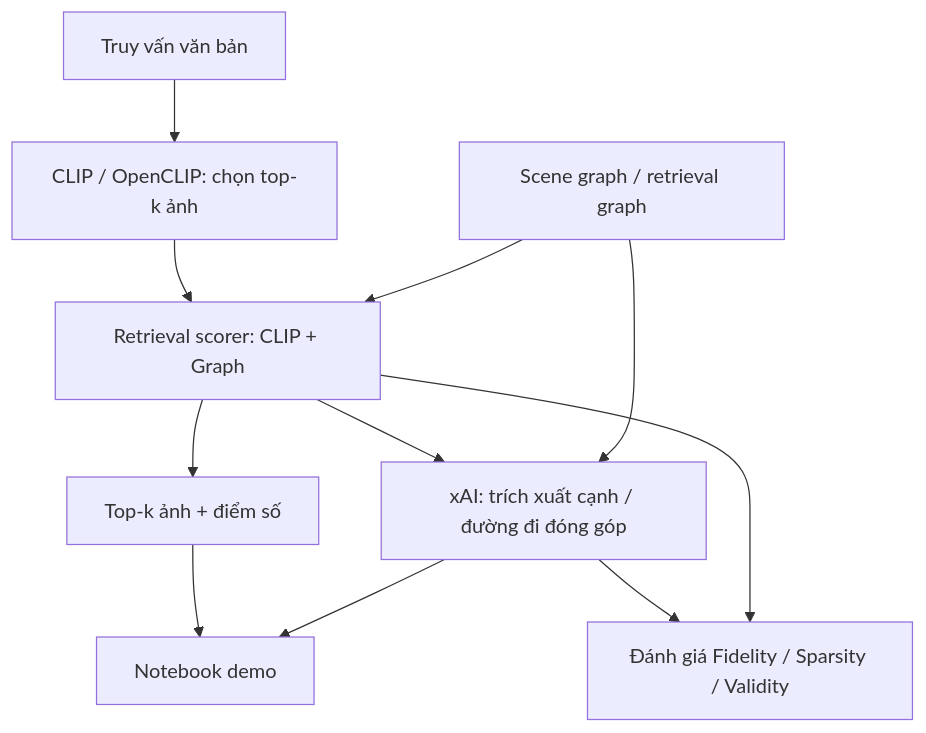
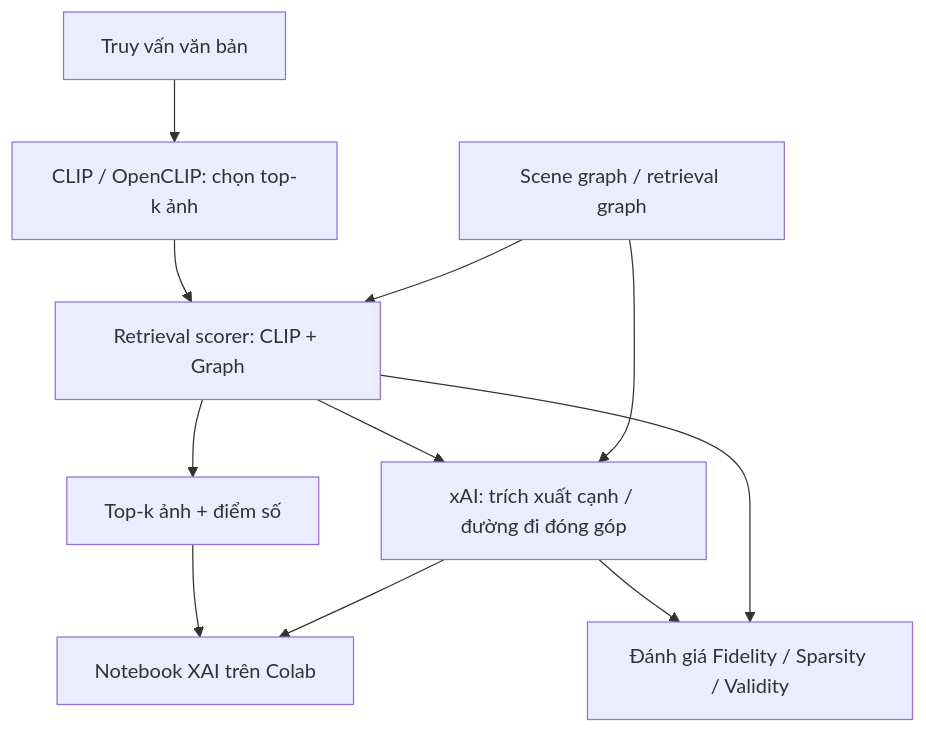
Before and after one commit to Chau-Ngoc-Huy/graphml-project3: the diagram in duong/README.md, drawn with Mermaid. The commit also changed other lines of this file and 4 other files, not shown here.

Commit message:
Add dual-bundle Colab training and XAI notebooks

````diff
--- a/duong/README.md
+++ b/duong/README.md
@@ -24,13 +24,13 @@
 ```mermaid
 flowchart TD
     Q[Truy vấn văn bản] --> C[CLIP / OpenCLIP: chọn top-k ảnh]
     C --> R[Retrieval scorer: CLIP + Graph]
     G[Scene graph / retrieval graph] --> R
     R --> O[Top-k ảnh + điểm số]
     R --> X[xAI: trích xuất cạnh / đường đi đóng góp]
     G --> X
     X --> M[Đánh giá Fidelity / Sparsity / Validity]
     R --> M
-    O --> D[Notebook demo]
+    O --> D[Notebook XAI trên Colab]
     X --> D
 ```
````
